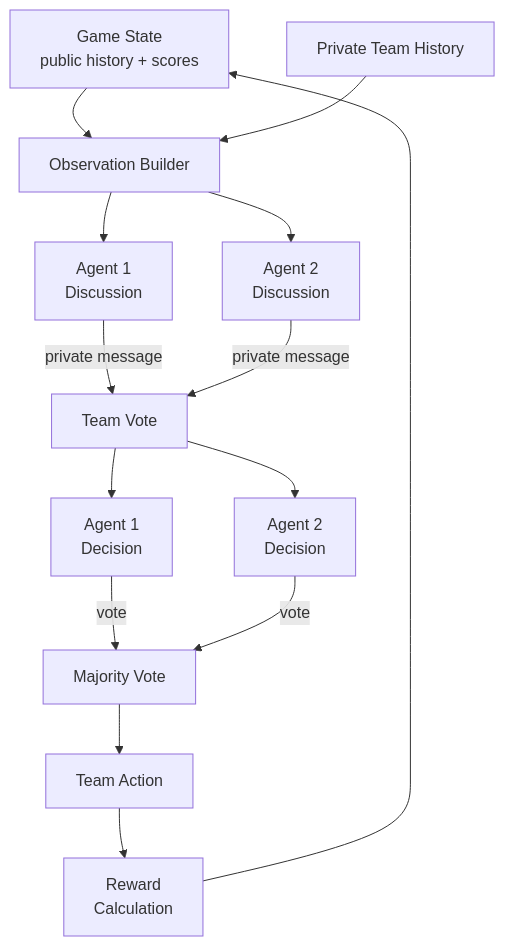
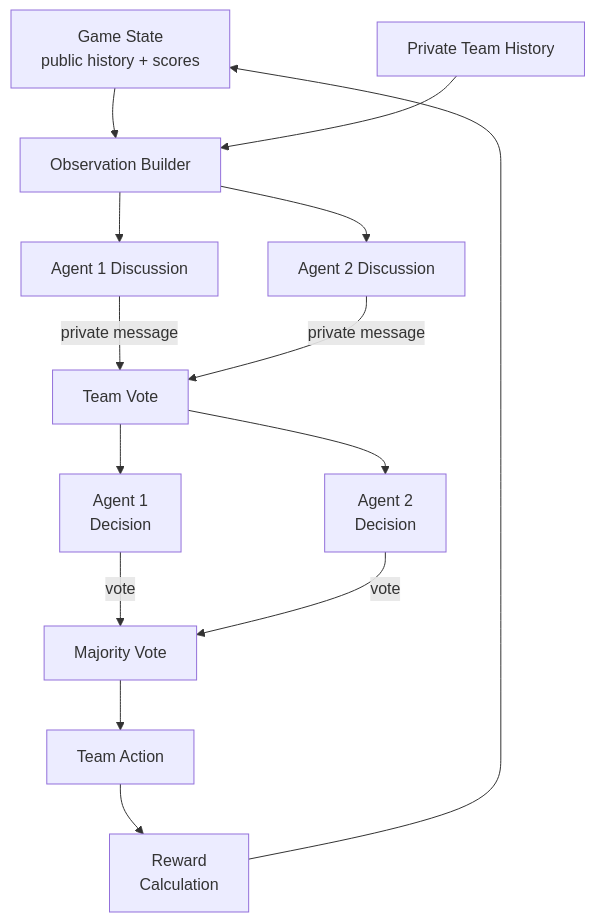
The diagram in 03-experiments/prisoners-dilemma.qmd (1DZL0/research-notebook), drawn with Mermaid before and after one commit. The commit also changed other lines of this file and 3 other files, not shown here.

````diff
--- a/03-experiments/prisoners-dilemma.qmd
+++ b/03-experiments/prisoners-dilemma.qmd
@@ -40,21 +40,21 @@
 ```{mermaid}
 flowchart TD
     GS[Game State\npublic history + scores] --> OA[Observation Builder]
     TH[Private Team History] --> OA
 
-    OA --> D1[Agent 1\nDiscussion]
-    OA --> D2[Agent 2\nDiscussion]
+    OA --> D1[Agent 1 Discussion]
+    OA --> D2[Agent 2 Discussion]
 
     D1 -->|private message| TV[Team Vote]
     D2 -->|private message| TV
 
     TV --> DA1[Agent 1\nDecision]
     TV --> DA2[Agent 2\nDecision]
 
     DA1 -->|vote| MV[Majority Vote]
     DA2 -->|vote| MV
 
     MV --> TA[Team Action]
     TA --> RM[Reward\nCalculation]
     RM --> GS
 ```
````
